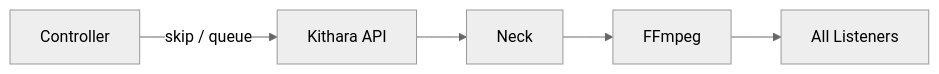
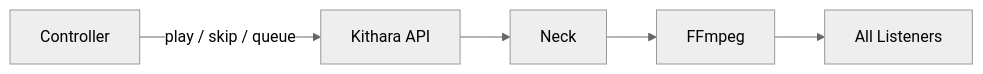
The diagram in docs/architecture/domains/playback-control.md (Bardie-radio/bardie-kithara), drawn with Mermaid (neutral theme) before and after one commit. The commit also changed other lines of this file and 35 other files, not shown here.

````diff
--- a/docs/architecture/domains/playback-control.md
+++ b/docs/architecture/domains/playback-control.md
@@ -3,7 +3,7 @@
 ```mermaid
 flowchart LR
-  DJ[Controller] -->|skip / queue| API[Kithara API]
+  DJ[Controller] -->|play / skip / queue| API[Kithara API]
   API --> Neck
   Neck --> Encoder[FFmpeg]
   Encoder --> All[All Listeners]
 ```
````
